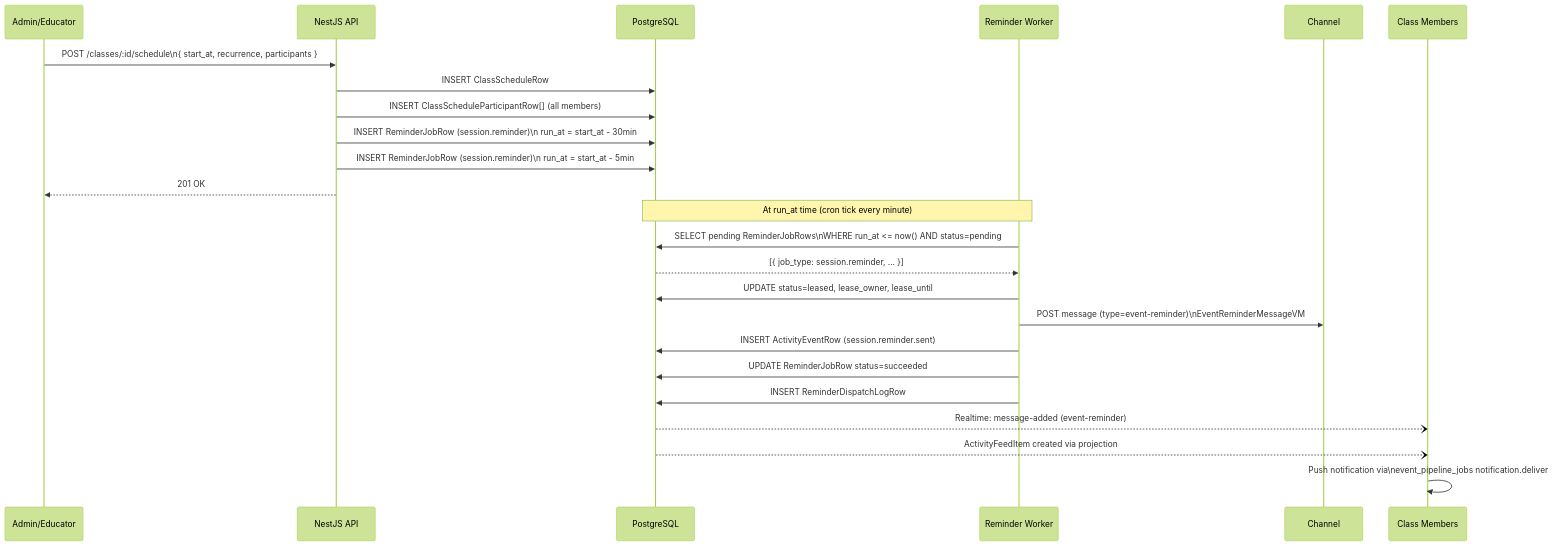
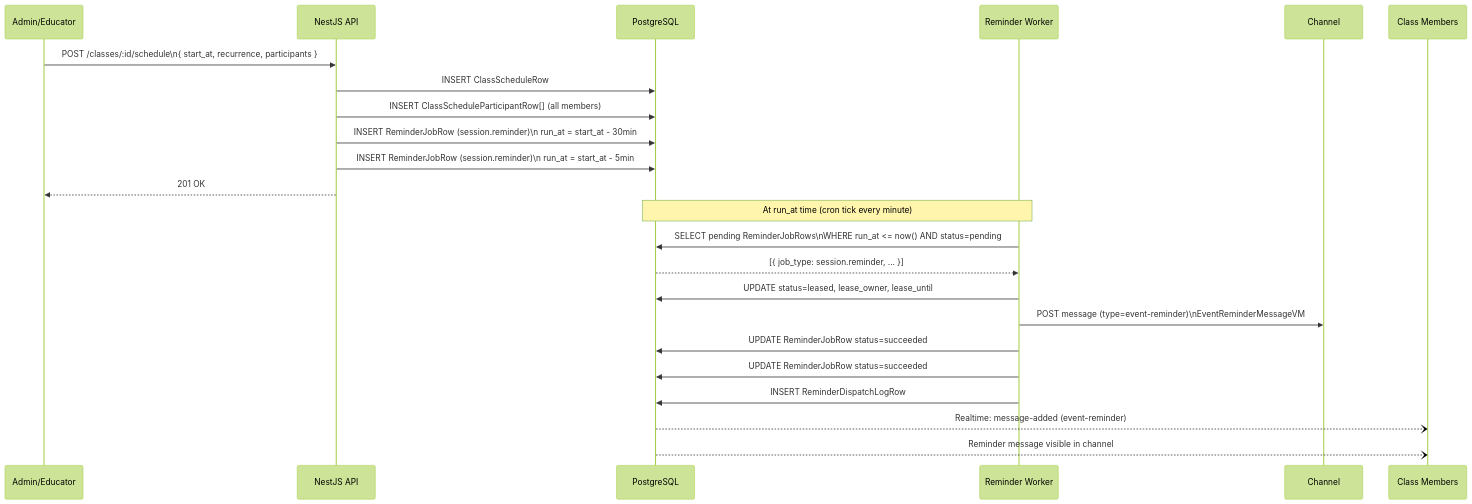
Diagram 22 of 31 in docs/architecture/feature-diagrams.md (heidisoft/iconicedu-monorepo), drawn with Mermaid (forest theme) before and after one commit. The commit also changed other lines of this file and 41 other files, not shown here.

````diff
--- a/docs/architecture/feature-diagrams.md
+++ b/docs/architecture/feature-diagrams.md
@@ -1160,29 +1160,28 @@
 ```mermaid
 sequenceDiagram
     participant ADMIN as Admin/Educator
     participant API as NestJS API
     participant DB as PostgreSQL
     participant WORKER as Reminder Worker
     participant CHANNEL as Channel
     participant MEMBER as Class Members
 
     ADMIN->>API: POST /classes/:id/schedule\n{ start_at, recurrence, participants }
     API->>DB: INSERT ClassScheduleRow
     API->>DB: INSERT ClassScheduleParticipantRow[] (all members)
     API->>DB: INSERT ReminderJobRow (session.reminder)\n run_at = start_at - 30min
     API->>DB: INSERT ReminderJobRow (session.reminder)\n run_at = start_at - 5min
     API-->>ADMIN: 201 OK
 
     Note over WORKER,DB: At run_at time (cron tick every minute)
     WORKER->>DB: SELECT pending ReminderJobRows\nWHERE run_at <= now() AND status=pending
     DB-->>WORKER: [{ job_type: session.reminder, ... }]
     WORKER->>DB: UPDATE status=leased, lease_owner, lease_until
     WORKER->>CHANNEL: POST message (type=event-reminder)\nEventReminderMessageVM
-    WORKER->>DB: INSERT ActivityEventRow (session.reminder.sent)
+    WORKER->>DB: UPDATE ReminderJobRow status=succeeded
     WORKER->>DB: UPDATE ReminderJobRow status=succeeded
     WORKER->>DB: INSERT ReminderDispatchLogRow
 
     DB--)MEMBER: Realtime: message-added (event-reminder)
-    DB--)MEMBER: ActivityFeedItem created via projection
-    MEMBER->>MEMBER: Push notification via\nevent_pipeline_jobs notification.deliver
+    DB--)MEMBER: Reminder message visible in channel
 ```
````
